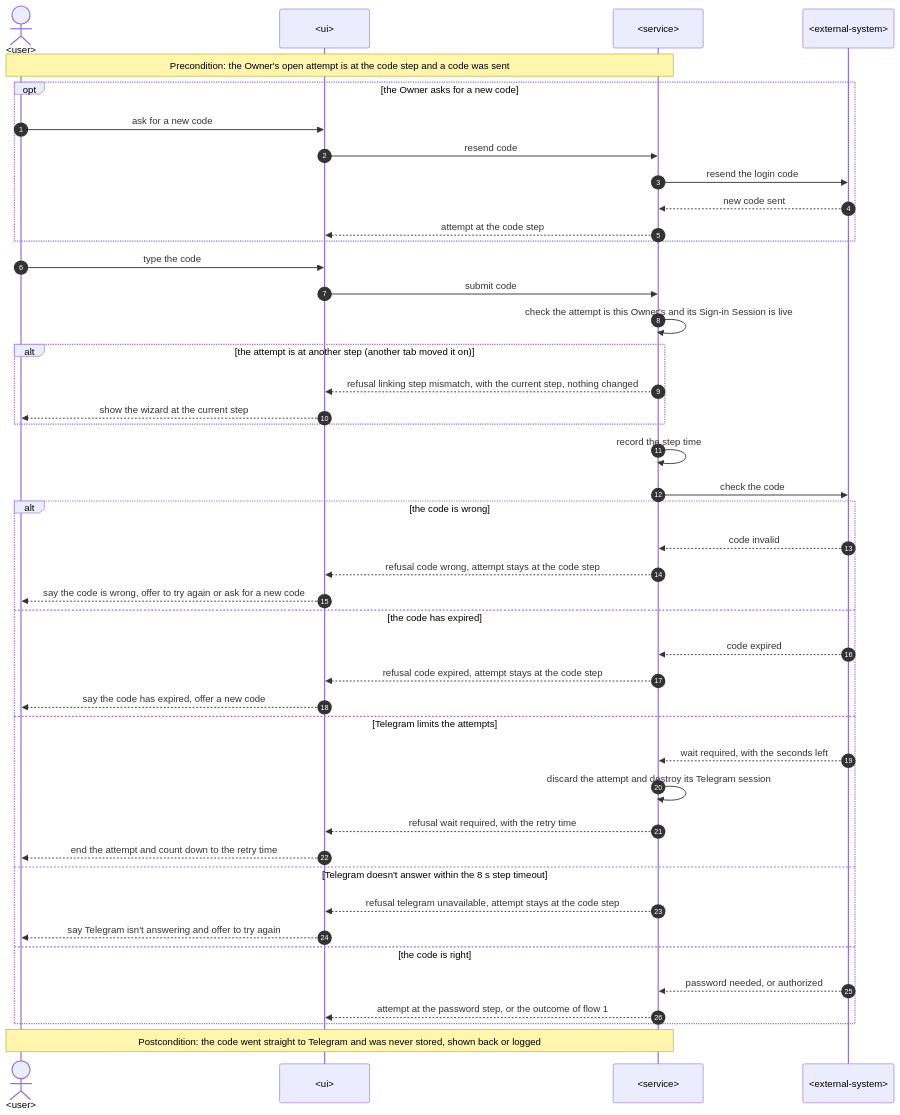
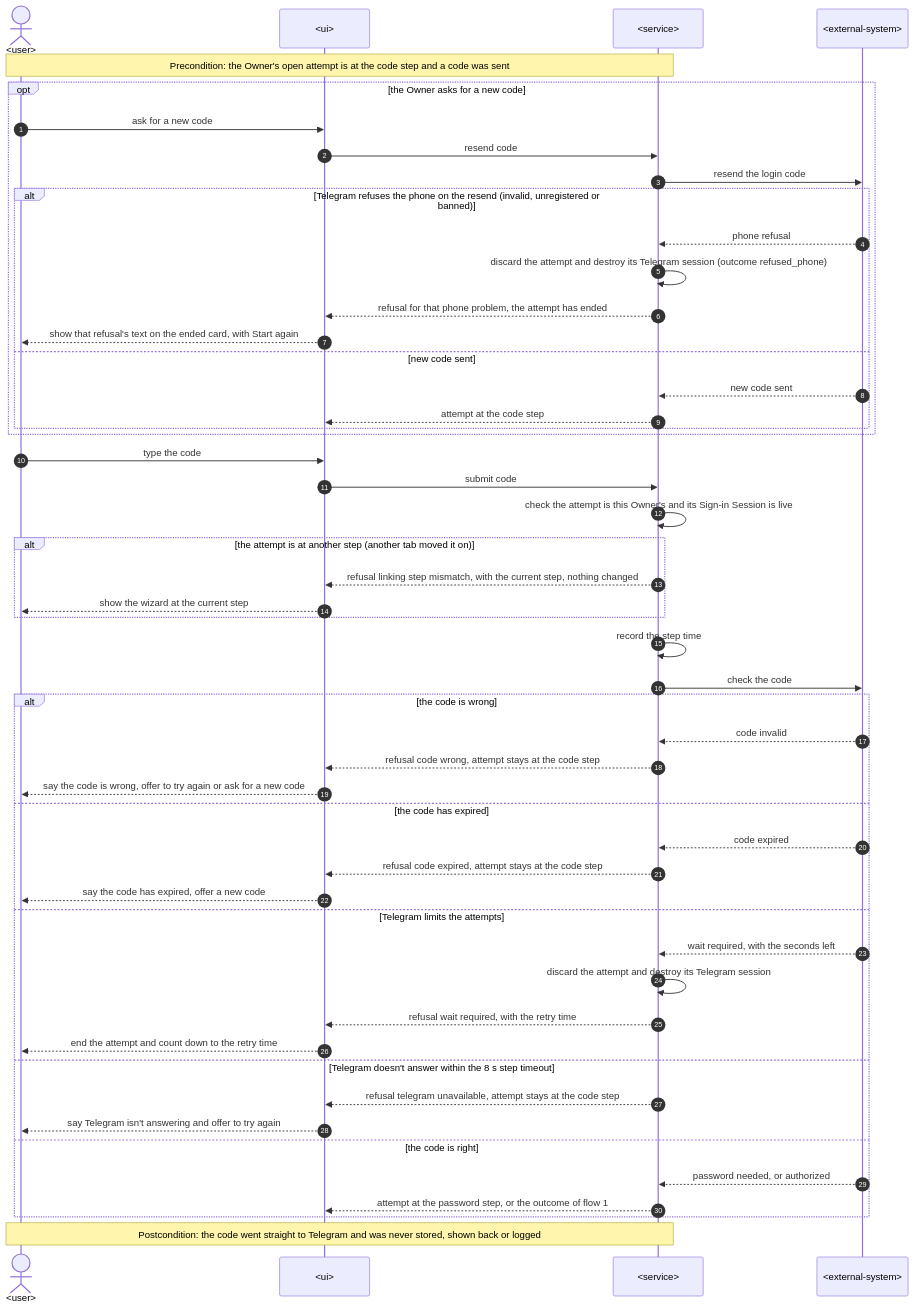
Before and after one commit to drnetua/telex: the eighth of 15 diagrams in docs/features/telegram-link/sad.md, drawn with Mermaid. The commit also changed other lines of this file and 6 other files, not shown here.

````diff
--- a/docs/features/telegram-link/sad.md
+++ b/docs/features/telegram-link/sad.md
@@ -442,47 +445,54 @@
 ```mermaid
 sequenceDiagram
     autonumber
     actor O as <user>
     participant U as <ui>
     participant S as <service>
     participant X as <external-system>
 
     Note over O,S: Precondition: the Owner's open attempt is at the code step and a code was sent
     opt the Owner asks for a new code
         O->>U: ask for a new code
         U->>S: resend code
         S->>X: resend the login code
-        X-->>S: new code sent
-        S-->>U: attempt at the code step
+        alt Telegram refuses the phone on the resend (invalid, unregistered or banned)
+            X-->>S: phone refusal
+            S->>S: discard the attempt and destroy its Telegram session (outcome refused_phone)
+            S-->>U: refusal for that phone problem, the attempt has ended
+            U-->>O: show that refusal's text on the ended card, with Start again
+        else new code sent
+            X-->>S: new code sent
+            S-->>U: attempt at the code step
+        end
     end
     O->>U: type the code
     U->>S: submit code
     S->>S: check the attempt is this Owner's and its Sign-in Session is live
     alt the attempt is at another step (another tab moved it on)
         S-->>U: refusal linking step mismatch, with the current step, nothing changed
         U-->>O: show the wizard at the current step
     end
     S->>S: record the step time
     S->>X: check the code
     alt the code is wrong
         X-->>S: code invalid
         S-->>U: refusal code wrong, attempt stays at the code step
         U-->>O: say the code is wrong, offer to try again or ask for a new code
     else the code has expired
         X-->>S: code expired
         S-->>U: refusal code expired, attempt stays at the code step
         U-->>O: say the code has expired, offer a new code
     else Telegram limits the attempts
         X-->>S: wait required, with the seconds left
         S->>S: discard the attempt and destroy its Telegram session
         S-->>U: refusal wait required, with the retry time
         U-->>O: end the attempt and count down to the retry time
     else Telegram doesn't answer within the 8 s step timeout
         S-->>U: refusal telegram unavailable, attempt stays at the code step
         U-->>O: say Telegram isn't answering and offer to try again
     else the code is right
         X-->>S: password needed, or authorized
         S-->>U: attempt at the password step, or the outcome of flow 1
     end
     Note over O,S: Postcondition: the code went straight to Telegram and was never stored, shown back or logged
 ```
````
